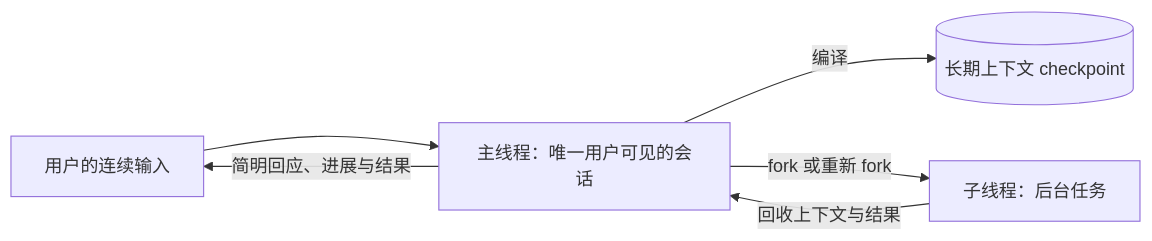
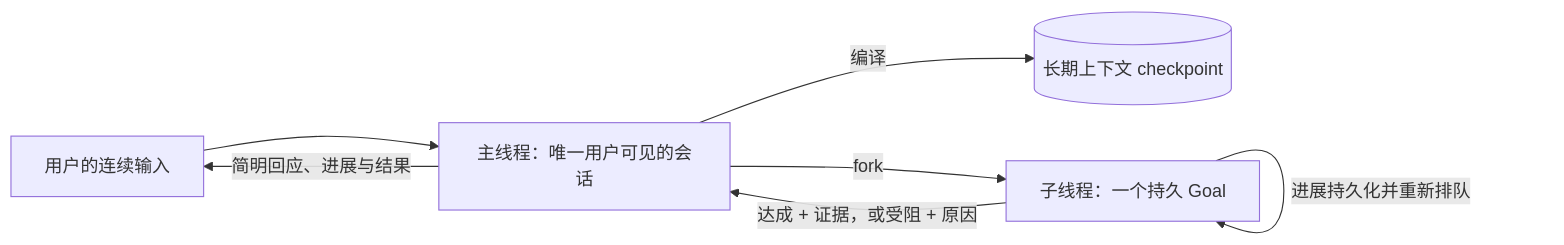
One commit to zccz14/cybion changed the first of 3 diagrams in README.md. Above: the diagram before and after it, drawn with Mermaid. The commit also changed other lines of this file and 3 other files, not shown here.

````diff
--- a/README.md
+++ b/README.md
@@ -81,8 +78,9 @@
 ```mermaid
 flowchart LR
   U["用户的连续输入"] --> M["主线程：唯一用户可见的会话"]
   M -->|"简明回应、进展与结果"| U
   M -->|"编译"| K[("长期上下文 checkpoint")]
-  M -->|"fork 或重新 fork"| S["子线程：后台任务"]
-  S -->|"回收上下文与结果"| M
+  M -->|"fork"| G["子线程：一个持久 Goal"]
+  G -->|"进展持久化并重新排队"| G
+  G -->|"达成 + 证据，或受阻 + 原因"| M
 ```
````
